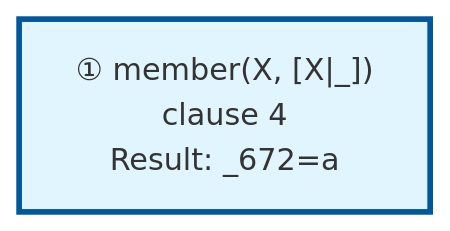
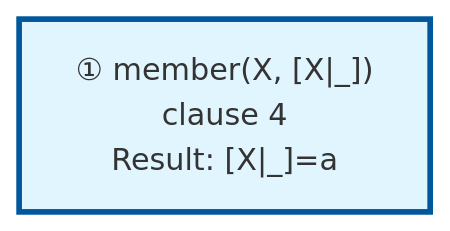
Before and after one commit to jarecsni/prolog-trace-viz: the diagram in examples/member-output.md, drawn with Mermaid. The commit also changed other lines of this file and 9 other files, not shown here.

````diff
--- a/examples/member-output.md
+++ b/examples/member-output.md
@@ -31,11 +30,11 @@
 ```mermaid
 graph TD
 
 %% Nodes
-A["① member(X, [X|_])<br/>clause 4<br/>Result: _672=a"]
+A["① member(X, [X|_])<br/>clause 4<br/>Result: [X|_]=a"]
 
 %% Edges
 
 %% Styles
 style A fill:#e1f5ff,stroke:#01579b,stroke-width:3px
 ```
````
